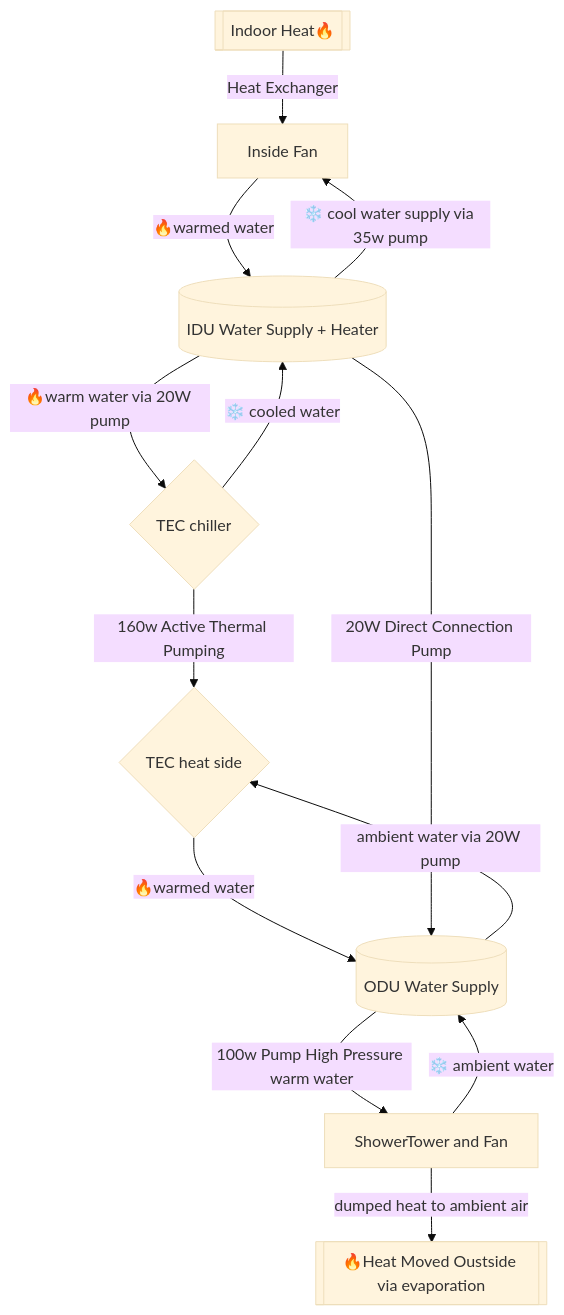
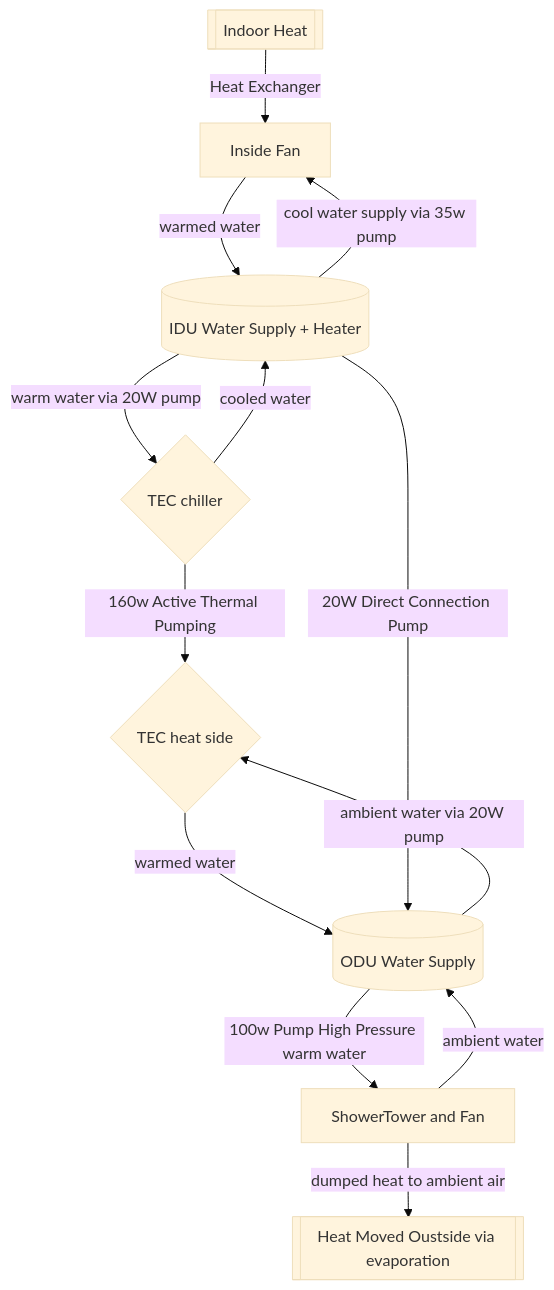
The diagram in src/cooling/readme.md (ericdmoore/casitaAzul), drawn with Mermaid (base theme) before and after one commit.

Commit message:
diagram updates.23

````diff
--- a/src/cooling/readme.md
+++ b/src/cooling/readme.md
@@ -36,15 +36,15 @@
 ```mermaid
 flowchart TD
-   indoorHeat[[Indoor Heat🔥]] --> |Heat Exchanger| IDU[Inside Fan]
-   IDU -->|🔥warmed water| IDUtub[(IDU Water Supply + Heater)]
-   IDUtub -->|❄️ cool water supply via 35w pump| IDU
-   IDUtub -->|🔥warm water via 20W pump| TECcold{TEC chiller}
-   TECcold --> |❄️ cooled water| IDUtub
+   indoorHeat[[Indoor Heat]] --> |Heat Exchanger| IDU[Inside Fan]
+   IDU -->|warmed water| IDUtub[(IDU Water Supply + Heater)]
+   IDUtub -->|cool water supply via 35w pump| IDU
+   IDUtub -->|warm water via 20W pump| TECcold{TEC chiller}
+   TECcold --> |cooled water| IDUtub
    TECcold --> |160w Active Thermal Pumping| TEChot{TEC heat side}
    ODUtub[(ODU Water Supply)] -->|ambient water via 20W pump| TEChot
-   TEChot -->|🔥warmed water| ODUtub
+   TEChot -->|warmed water| ODUtub
    ODUtub --> |100w Pump High Pressure warm water| ShowerTower[ShowerTower and Fan]
-   ShowerTower --> |❄️ ambient water| ODUtub
-   ShowerTower --> |dumped heat to ambient air| air[[🔥Heat Moved Oustside via evaporation]]
+   ShowerTower --> |ambient water| ODUtub
+   ShowerTower --> |dumped heat to ambient air| air[[Heat Moved Oustside via evaporation]]
    IDUtub -->|20W Direct Connection Pump| ODUtub
 ```
````
